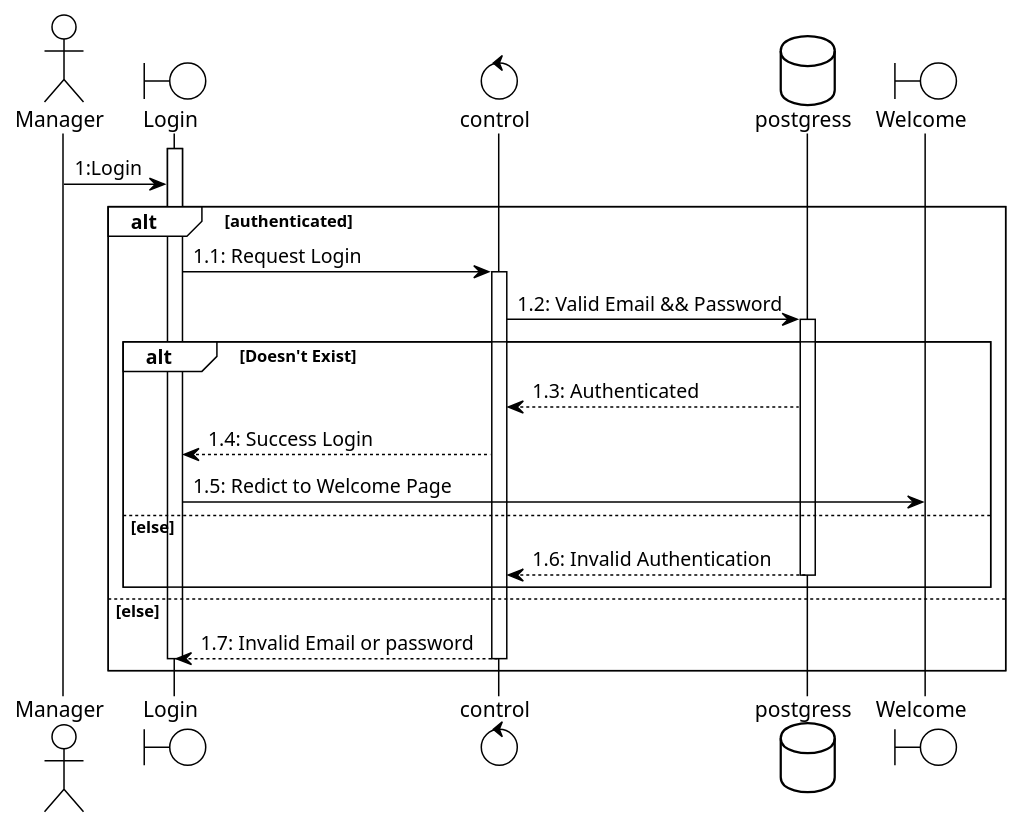
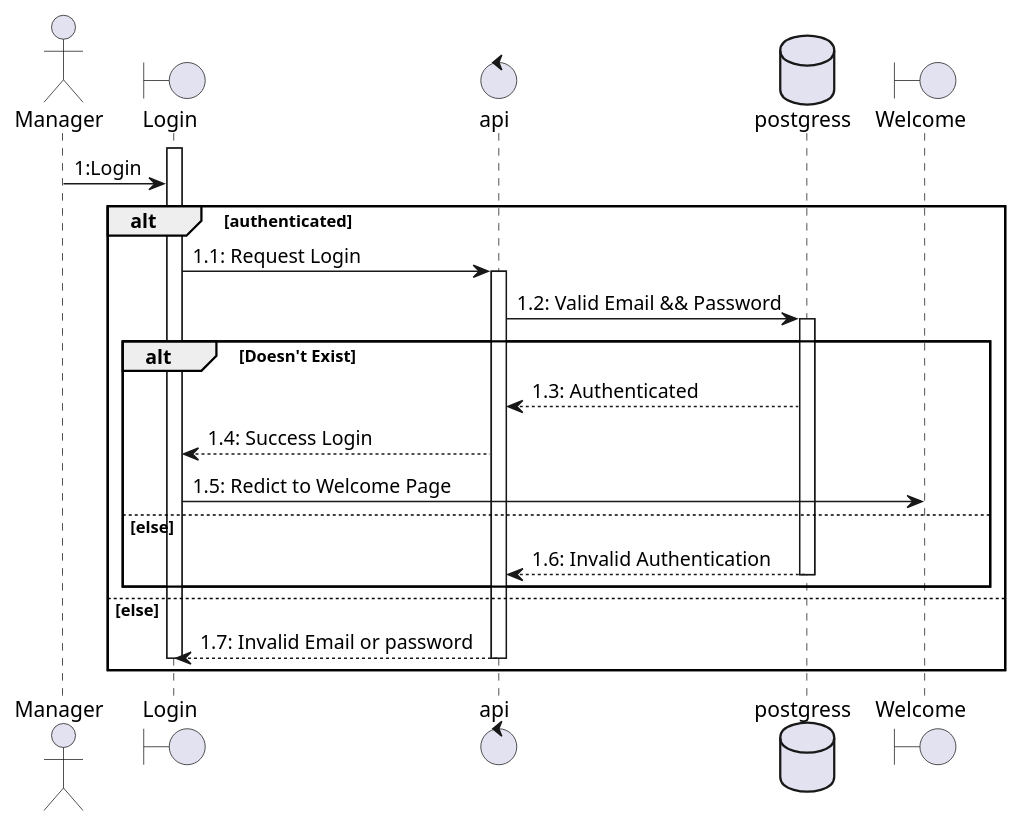
The diagram in diagram/main/Sequence/login.puml (bosshentai/tccCode), drawn with PlantUML before and after one commit. The commit also changed 1 other file, not shown here.

Commit message:
ER diagram had been add it

```diff
--- a/diagram/main/Sequence/login.puml
+++ b/diagram/main/Sequence/login.puml
@@ -1,46 +1,46 @@
 @startuml name
 ' !theme materia-outline
-!theme plain
+' !theme plain
 
 actor Manager as p1
 boundary Login as l1
-control control as c1
+control api as c1
 database postgress as db
 boundary Welcome as w1
 
 activate l1
 
 
 p1 -> l1 : 1:Login
 
 alt authenticated
 
     l1 -> c1 : 1.1: Request Login
     activate c1
 
     c1 -> db : 1.2: Valid Email && Password
     activate db
 
     alt Doesn't Exist
         db -->c1 : 1.3: Authenticated
 
         c1 --> l1: 1.4: Success Login
 
 
      l1 -> w1: 1.5: Redict to Welcome Page
 
     else else
         db --> c1: 1.6: Invalid Authentication
         deactivate db
     end
 
 else else
 
     c1 --> l1 : 1.7: Invalid Email or password
     deactivate c1
     deactivate l1
 end
 
 
 
 @enduml
```
